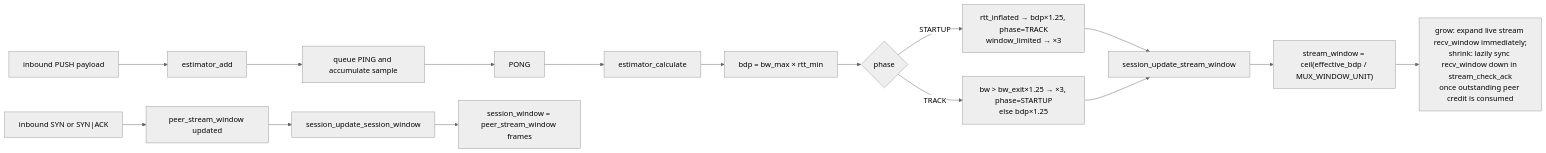
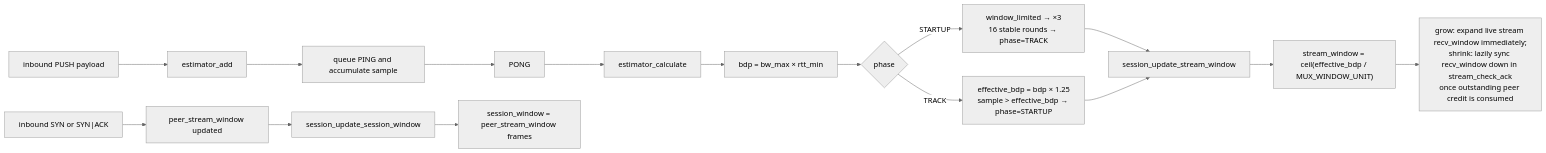
Before and after one commit to hexian000/multiplexd: diagram 12 of 17 in doc/impl.md, drawn with Mermaid (neutral theme). The commit also changed other lines of this file and 98 other files, not shown here.

````diff
--- a/doc/impl.md
+++ b/doc/impl.md
@@ -583,20 +583,20 @@
 ```mermaid
 flowchart LR
   A[inbound PUSH payload] --> B[estimator_add]
   B --> C[queue PING and accumulate sample]
   C --> D[PONG]
   D --> E[estimator_calculate]
   E --> F["bdp = bw_max × rtt_min"]
   F --> G{phase}
-  G -- STARTUP --> H1["rtt_inflated → bdp×1.25, phase=TRACK<br/>window_limited → ×3"]
-  G -- TRACK --> H2["bw > bw_exit×1.25 → ×3, phase=STARTUP<br/>else bdp×1.25"]
+  G -- STARTUP --> H1["window_limited → ×3<br/>16 stable rounds → phase=TRACK"]
+  G -- TRACK --> H2["effective_bdp = bdp × 1.25<br/>sample > effective_bdp → phase=STARTUP"]
   H1 & H2 --> I[session_update_stream_window]
   I --> J["stream_window = ceil(effective_bdp / MUX_WINDOW_UNIT)"]
   J --> K[grow: expand live stream recv_window immediately;
 shrink: lazily sync recv_window down in stream_check_ack
 once outstanding peer credit is consumed]
 
   L["inbound SYN or SYN|ACK"] --> M[peer_stream_window updated]
   M --> N[session_update_session_window]
   N --> O[session_window = peer_stream_window frames]
 ```
````
